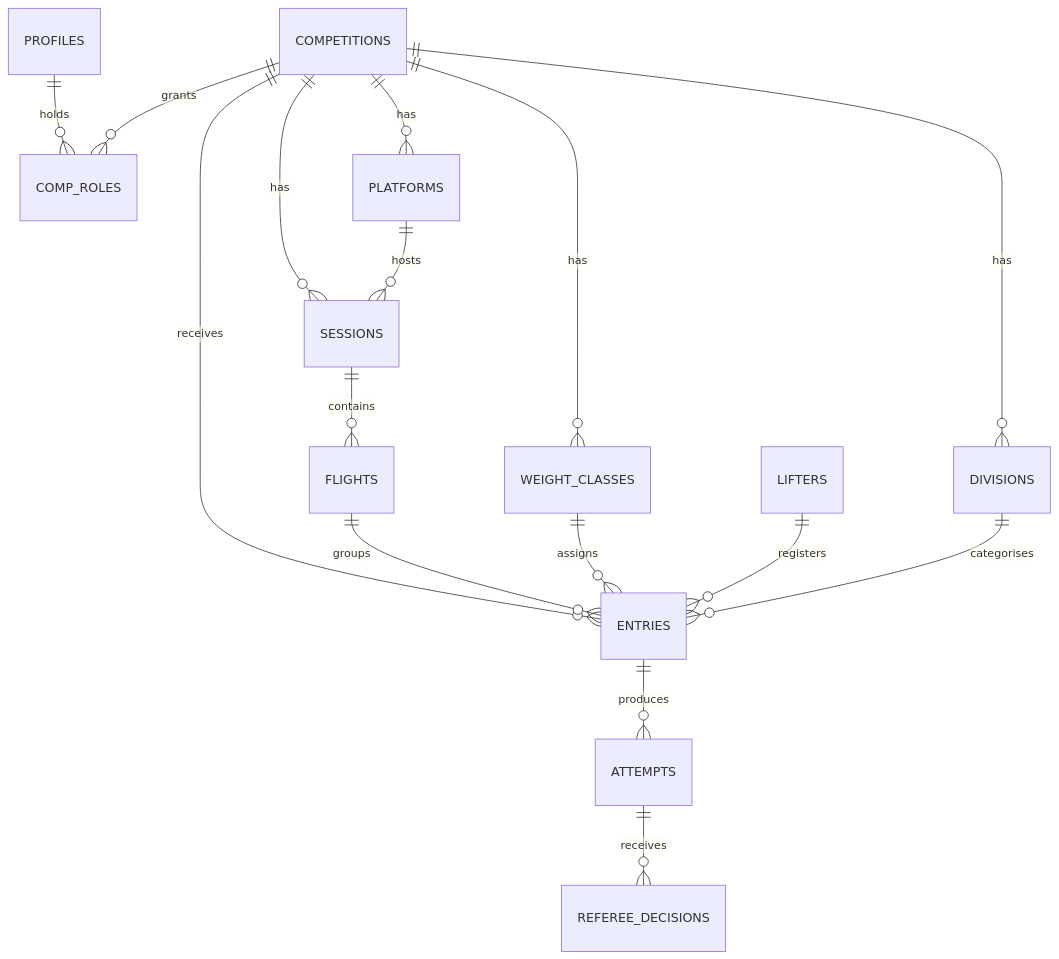
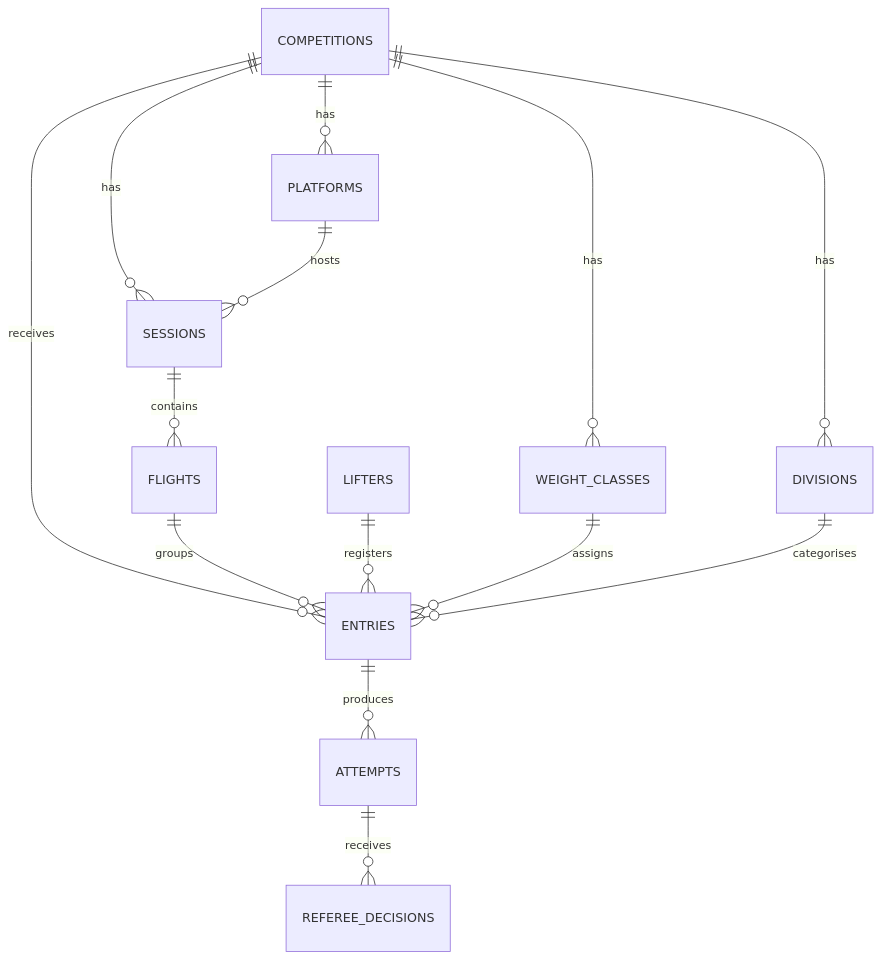
The diagram in ARCHITECTURE.md (StrengthAnalytics/Comp-Software), drawn with Mermaid before and after one commit. The commit also changed other lines of this file and 18 other files, not shown here.

````diff
--- a/ARCHITECTURE.md
+++ b/ARCHITECTURE.md
@@ -28,18 +28,16 @@
 ```mermaid
 erDiagram
   COMPETITIONS ||--o{ DIVISIONS : has
   COMPETITIONS ||--o{ WEIGHT_CLASSES : has
   COMPETITIONS ||--o{ PLATFORMS : has
   COMPETITIONS ||--o{ SESSIONS : has
   COMPETITIONS ||--o{ ENTRIES : receives
-  COMPETITIONS ||--o{ COMP_ROLES : grants
   PLATFORMS ||--o{ SESSIONS : hosts
   SESSIONS ||--o{ FLIGHTS : contains
   FLIGHTS ||--o{ ENTRIES : groups
   LIFTERS ||--o{ ENTRIES : registers
   WEIGHT_CLASSES ||--o{ ENTRIES : assigns
   DIVISIONS ||--o{ ENTRIES : categorises
   ENTRIES ||--o{ ATTEMPTS : produces
   ATTEMPTS ||--o{ REFEREE_DECISIONS : receives
-  PROFILES ||--o{ COMP_ROLES : holds
 ```
````
